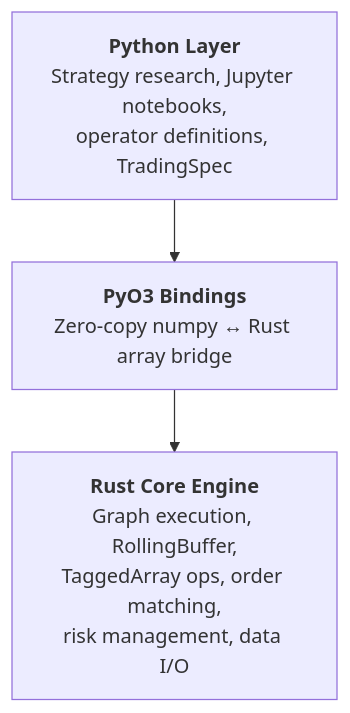
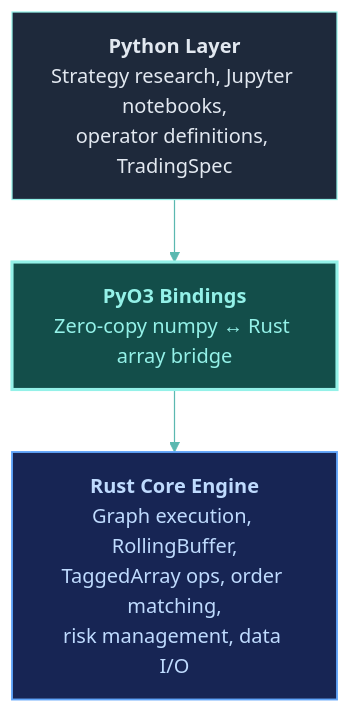
One commit to Clypt/docs changed the diagram in roadmap/rust-conversion.mdx. Above: the diagram before and after it, drawn with Mermaid. The commit also changed 73 other files, not shown here.

````diff
--- a/roadmap/rust-conversion.mdx
+++ b/roadmap/rust-conversion.mdx
@@ -10,7 +10,14 @@
 ```mermaid
+%%{init: {'theme': 'base', 'themeVariables': { 'primaryColor': '#1e293b', 'primaryTextColor': '#e2e8f0', 'primaryBorderColor': '#94F1E8', 'lineColor': '#5bb8b0', 'clusterBkg': '#0f172a', 'clusterBorder': '#1e3a3a', 'titleColor': '#94F1E8', 'edgeLabelBackground': 'transparent' }}}%%
 flowchart TB
+    classDef highlight fill:#134e4a,stroke:#94F1E8,stroke-width:2.5px,color:#94F1E8
+    classDef action fill:#172554,stroke:#60a5fa,stroke-width:1.5px,color:#bfdbfe
+
     A["<b>Python Layer</b><br>Strategy research, Jupyter notebooks,<br>operator definitions, TradingSpec"]
     B["<b>PyO3 Bindings</b><br>Zero-copy numpy ↔ Rust array bridge"]
     C["<b>Rust Core Engine</b><br>Graph execution, RollingBuffer,<br>TaggedArray ops, order matching,<br>risk management, data I/O"]
     A --> B --> C
+
+    class B highlight
+    class C action
 ```
````
